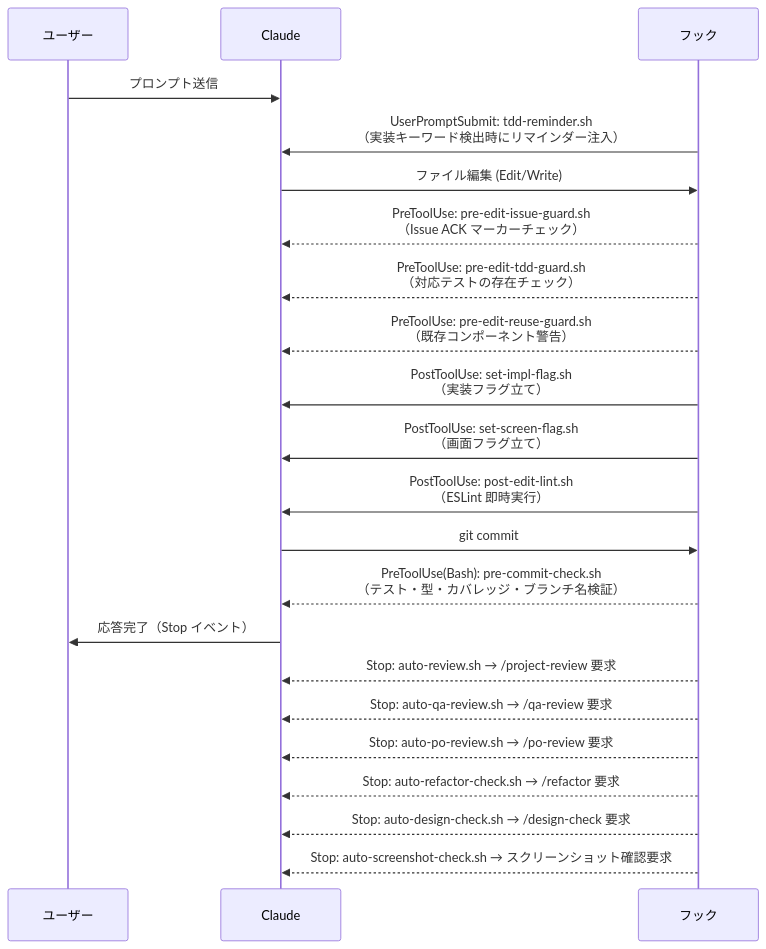
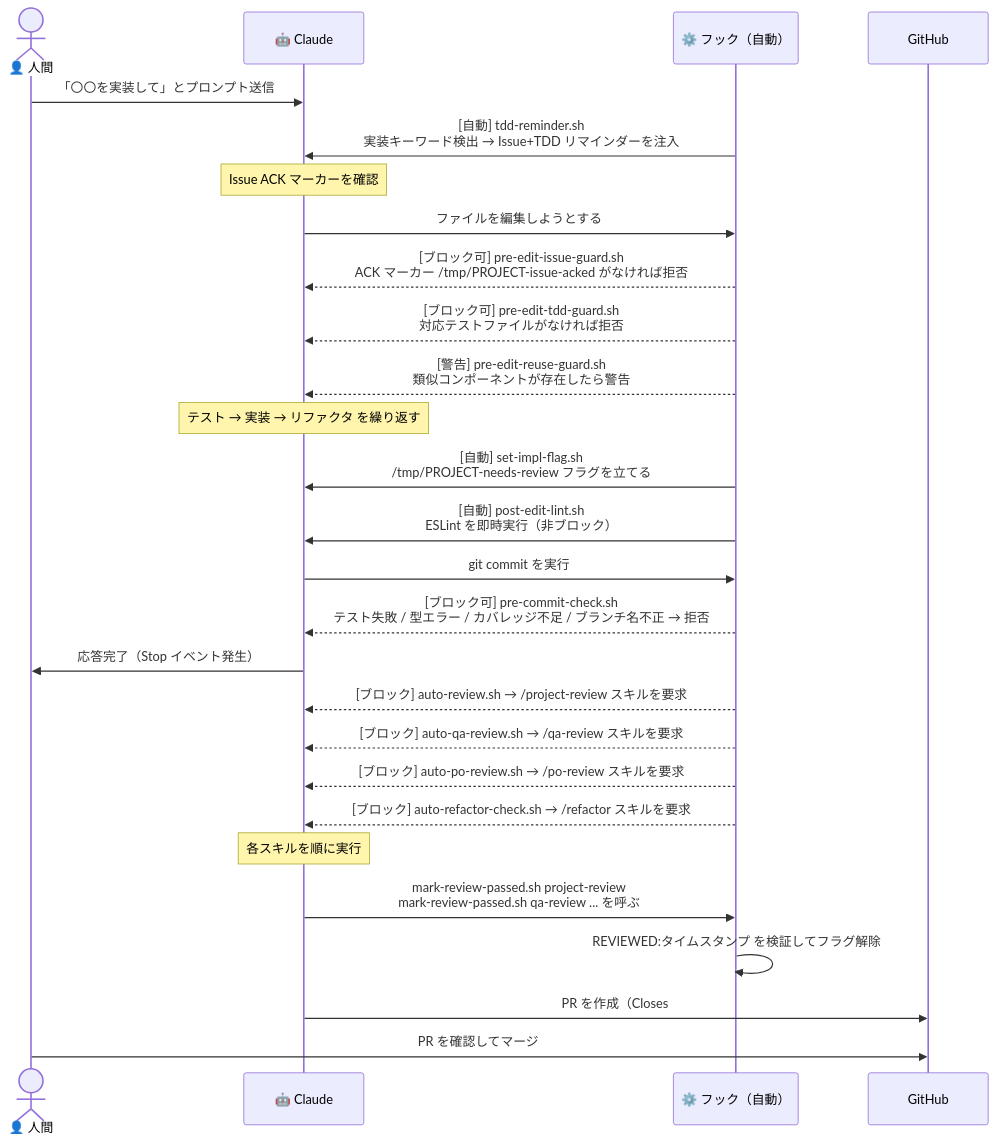
One commit to m-kuwata/claude-project-template changed the second of 3 diagrams in README.md. Above: the diagram before and after it, drawn with Mermaid. The commit also changed other lines of this file, not shown here.

First line of the commit message:
docs: 開発フロー図を人間/Claude/フックのスイムレーン形式に改訂

````diff
--- a/README.md
+++ b/README.md
@@ -55,28 +91,36 @@
 ```mermaid
 sequenceDiagram
-    participant U as ユーザー
-    participant C as Claude
-    participant H as フック
+    actor Human as 👤 人間
+    participant Claude as 🤖 Claude
+    participant Hook as ⚙️ フック（自動）
+    participant GitHub as GitHub
 
-    U->>C: プロンプト送信
-    H->>C: UserPromptSubmit: tdd-reminder.sh<br/>（実装キーワード検出時にリマインダー注入）
+    Human->>Claude: 「〇〇を実装して」とプロンプト送信
+    Hook->>Claude: [自動] tdd-reminder.sh<br/>実装キーワード検出 → Issue+TDD リマインダーを注入
 
-    C->>H: ファイル編集 (Edit/Write)
-    H-->>C: PreToolUse: pre-edit-issue-guard.sh<br/>（Issue ACK マーカーチェック）
-    H-->>C: PreToolUse: pre-edit-tdd-guard.sh<br/>（対応テストの存在チェック）
-    H-->>C: PreToolUse: pre-edit-reuse-guard.sh<br/>（既存コンポーネント警告）
-    H->>C: PostToolUse: set-impl-flag.sh<br/>（実装フラグ立て）
-    H->>C: PostToolUse: set-screen-flag.sh<br/>（画面フラグ立て）
-    H->>C: PostToolUse: post-edit-lint.sh<br/>（ESLint 即時実行）
+    Note over Claude: Issue ACK マーカーを確認
+    Claude->>Hook: ファイルを編集しようとする
+    Hook-->>Claude: [ブロック可] pre-edit-issue-guard.sh<br/>ACK マーカー /tmp/PROJECT-issue-acked がなければ拒否
+    Hook-->>Claude: [ブロック可] pre-edit-tdd-guard.sh<br/>対応テストファイルがなければ拒否
+    Hook-->>Claude: [警告] pre-edit-reuse-guard.sh<br/>類似コンポーネントが存在したら警告
 
-    C->>H: git commit
-    H-->>C: PreToolUse(Bash): pre-commit-check.sh<br/>（テスト・型・カバレッジ・ブランチ名検証）
+    Note over Claude: テスト → 実装 → リファクタ を繰り返す
+    Hook->>Claude: [自動] set-impl-flag.sh<br/>/tmp/PROJECT-needs-review フラグを立てる
+    Hook->>Claude: [自動] post-edit-lint.sh<br/>ESLint を即時実行（非ブロック）
 
-    C->>U: 応答完了（Stop イベント）
-    H-->>C: Stop: auto-review.sh → /project-review 要求
-    H-->>C: Stop: auto-qa-review.sh → /qa-review 要求
-    H-->>C: Stop: auto-po-review.sh → /po-review 要求
-    H-->>C: Stop: auto-refactor-check.sh → /refactor 要求
-    H-->>C: Stop: auto-design-check.sh → /design-check 要求
-    H-->>C: Stop: auto-screenshot-check.sh → スクリーンショット確認要求
+    Claude->>Hook: git commit を実行
+    Hook-->>Claude: [ブロック可] pre-commit-check.sh<br/>テスト失敗 / 型エラー / カバレッジ不足 / ブランチ名不正 → 拒否
+
+    Claude->>Human: 応答完了（Stop イベント発生）
+    Hook-->>Claude: [ブロック] auto-review.sh → /project-review スキルを要求
+    Hook-->>Claude: [ブロック] auto-qa-review.sh → /qa-review スキルを要求
+    Hook-->>Claude: [ブロック] auto-po-review.sh → /po-review スキルを要求
+    Hook-->>Claude: [ブロック] auto-refactor-check.sh → /refactor スキルを要求
+
+    Note over Claude: 各スキルを順に実行
+    Claude->>Hook: mark-review-passed.sh project-review<br/>mark-review-passed.sh qa-review ... を呼ぶ
+    Hook->>Hook: REVIEWED:タイムスタンプ を検証してフラグ解除
+
+    Claude->>GitHub: PR を作成（Closes #N）
+    Human->>GitHub: PR を確認してマージ
 ```
````
